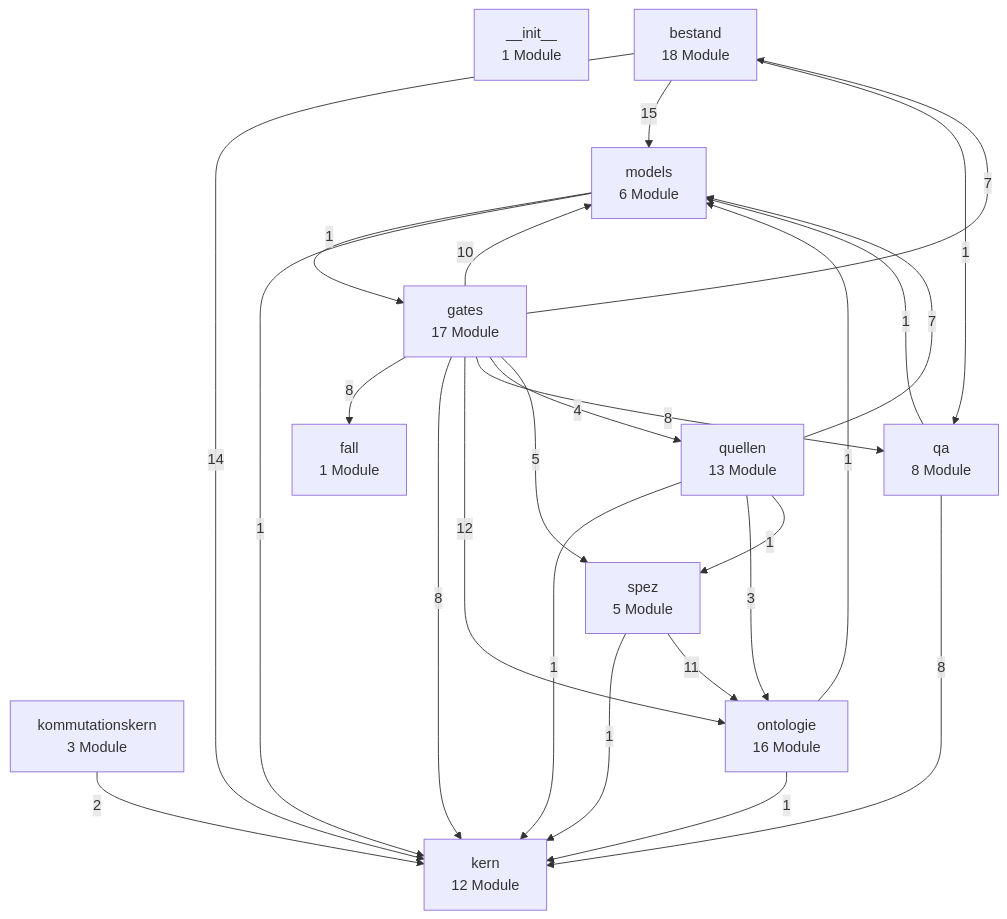
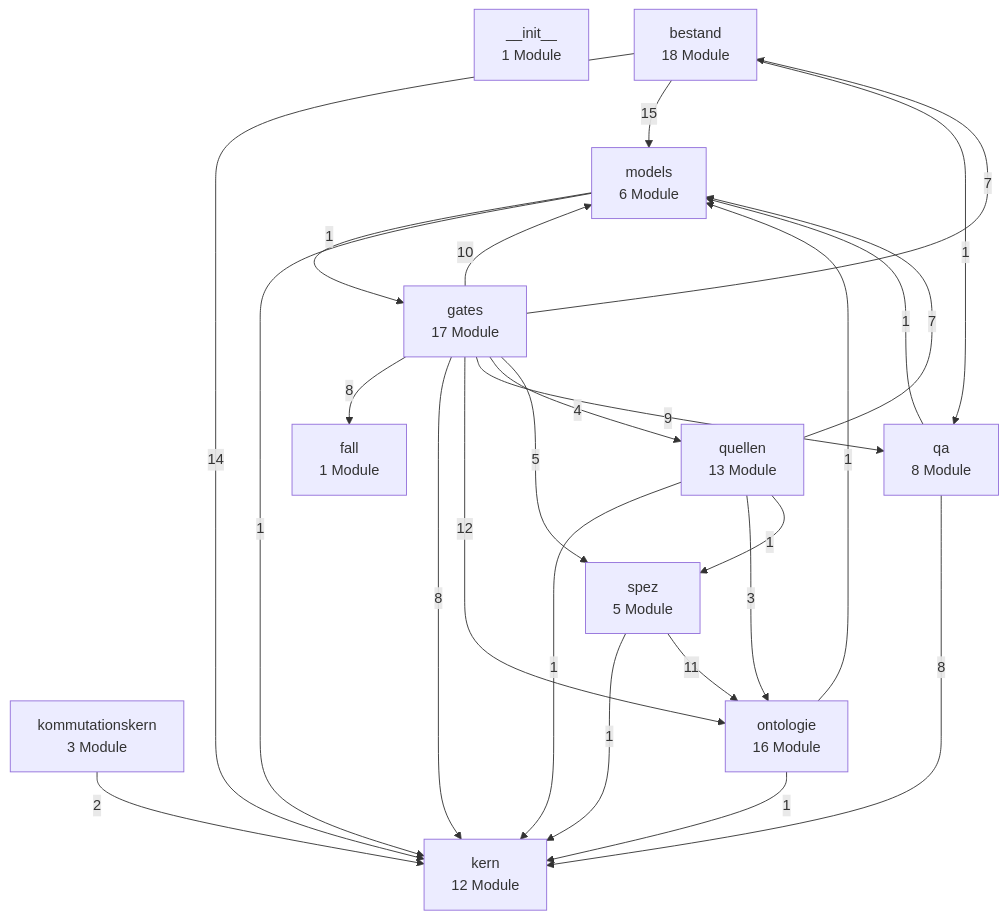
The first of 3 diagrams in docs/architektur/landkarte.md (bartlmac/rechner-pipeline), drawn with Mermaid before and after one commit. The commit also changed 3 other files, not shown here.

````diff
--- a/docs/architektur/landkarte.md
+++ b/docs/architektur/landkarte.md
@@ -27,39 +27,39 @@
 ```mermaid
 %% Schichten — erzeugt von ontologie.landkarte
 flowchart TD
     n__init__["__init__<br/>1 Module"]
     bestand["bestand<br/>18 Module"]
     fall["fall<br/>1 Module"]
     gates["gates<br/>17 Module"]
     kern["kern<br/>12 Module"]
     kommutationskern["kommutationskern<br/>3 Module"]
     models["models<br/>6 Module"]
     ontologie["ontologie<br/>16 Module"]
     qa["qa<br/>8 Module"]
     quellen["quellen<br/>13 Module"]
     spez["spez<br/>5 Module"]
     bestand -- 14 --> kern
     bestand -- 15 --> models
     bestand -- 1 --> qa
     gates -- 7 --> bestand
     gates -- 8 --> fall
     gates -- 8 --> kern
     gates -- 10 --> models
     gates -- 12 --> ontologie
-    gates -- 8 --> qa
+    gates -- 9 --> qa
     gates -- 4 --> quellen
     gates -- 5 --> spez
     kommutationskern -- 2 --> kern
     models -- 1 --> gates
     models -- 1 --> kern
     ontologie -- 1 --> kern
     ontologie -- 1 --> models
     qa -- 8 --> kern
     qa -- 1 --> models
     quellen -- 1 --> kern
     quellen -- 7 --> models
     quellen -- 3 --> ontologie
     quellen -- 1 --> spez
     spez -- 1 --> kern
     spez -- 11 --> ontologie
 ```
````
